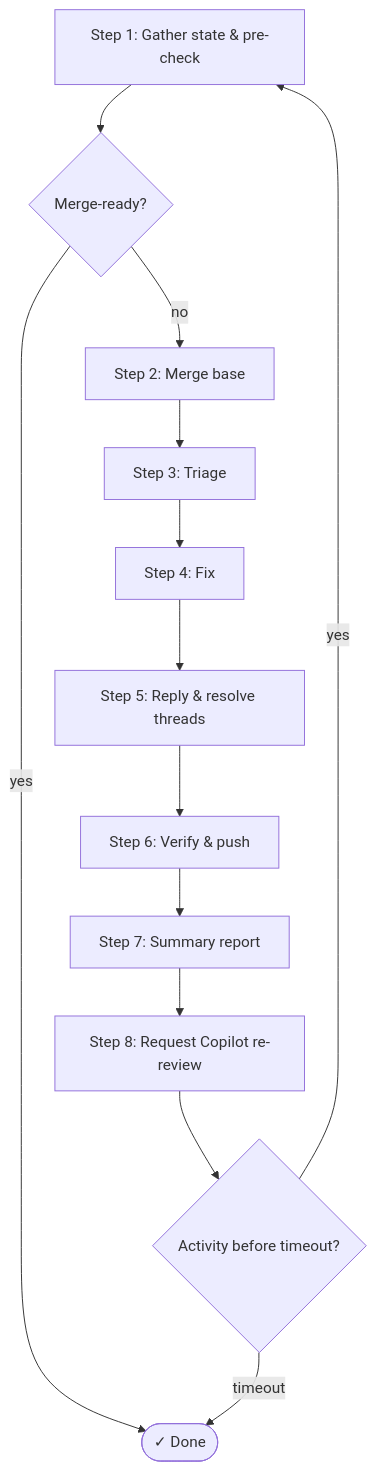
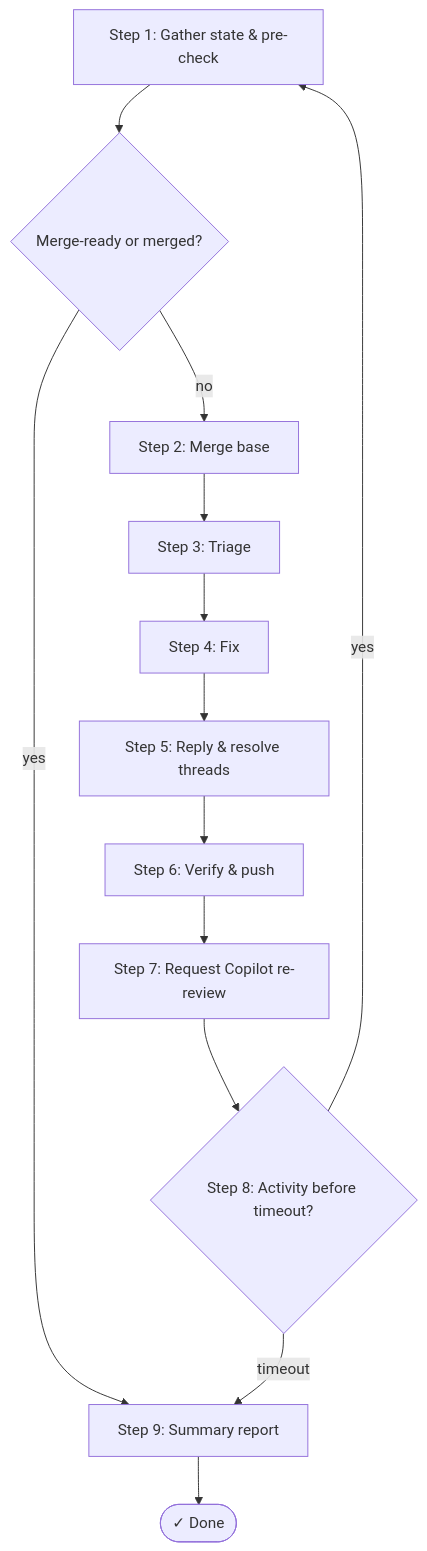
The diagram in skills/atk-pr-autofix/SKILL.md (rstacruz/agentic-toolkit), drawn with Mermaid before and after one commit. The commit also changed other lines of this file, not shown here.

First line of the commit message:
atk-pr-autofix: move summary report to end of loop (#9)

````diff
--- a/skills/atk-pr-autofix/SKILL.md
+++ b/skills/atk-pr-autofix/SKILL.md
@@ -13,18 +13,18 @@
 ```mermaid
 flowchart TD
   S1["Step 1: Gather state & pre-check"]
   Done(["✓ Done"])
 
-  S1 --> Gate{"Merge-ready?"}
-  Gate -->|"yes"| Done
+  S1 --> Gate{"Merge-ready or merged?"}
+  Gate -->|"yes"| S9["Step 9: Summary report"]
+  S9 --> Done
   Gate -->|"no"| S2["Step 2: Merge base"]
   S2 --> S3["Step 3: Triage"]
   S3 --> S4["Step 4: Fix"]
   S4 --> S5["Step 5: Reply & resolve threads"]
   S5 --> S6["Step 6: Verify & push"]
-  S6 --> S7["Step 7: Summary report"]
-  S7 --> S8["Step 8: Request Copilot re-review"]
-  S8 --> S9{"Activity before timeout?"}
-  S9 -->|"yes"| S1
-  S9 -->|"timeout"| Done
+  S6 --> S7["Step 7: Request Copilot re-review"]
+  S7 --> S8{"Step 8: Activity before timeout?"}
+  S8 -->|"yes"| S1
+  S8 -->|"timeout"| S9
 ```
````
